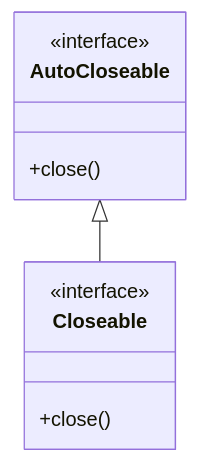
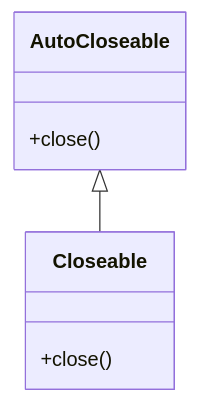
The seventh of 16 diagrams in src/content/jotting/zh-cn/java-auto-closeable.md (DavidHLP/DavidHLP.github.io), drawn with Mermaid before and after one commit. The commit also changed 4 other files, not shown here.

````diff
--- a/src/content/jotting/zh-cn/java-auto-closeable.md
+++ b/src/content/jotting/zh-cn/java-auto-closeable.md
@@ -368,12 +368,10 @@
 ```mermaid
 classDiagram
-    class AutoCloseable
-    <<interface>> AutoCloseable
-    AutoCloseable : +close()
-
-    class Closeable
-    <<interface>> Closeable
-    Closeable : +close()
-
+    class AutoCloseable {
+        +close()
+    }
+    class Closeable {
+        +close()
+    }
     AutoCloseable <|-- Closeable
 ```
````
